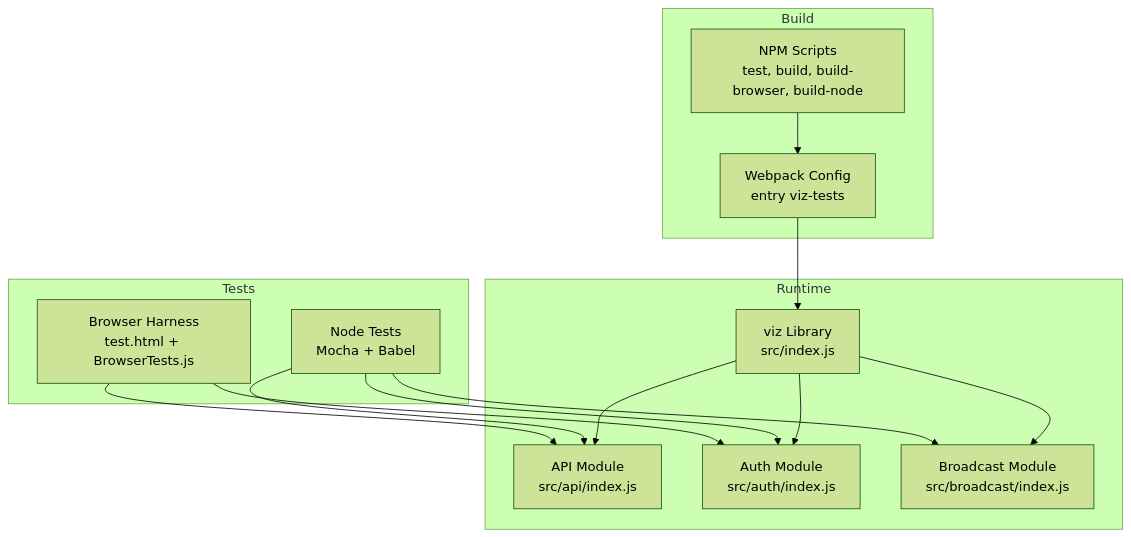
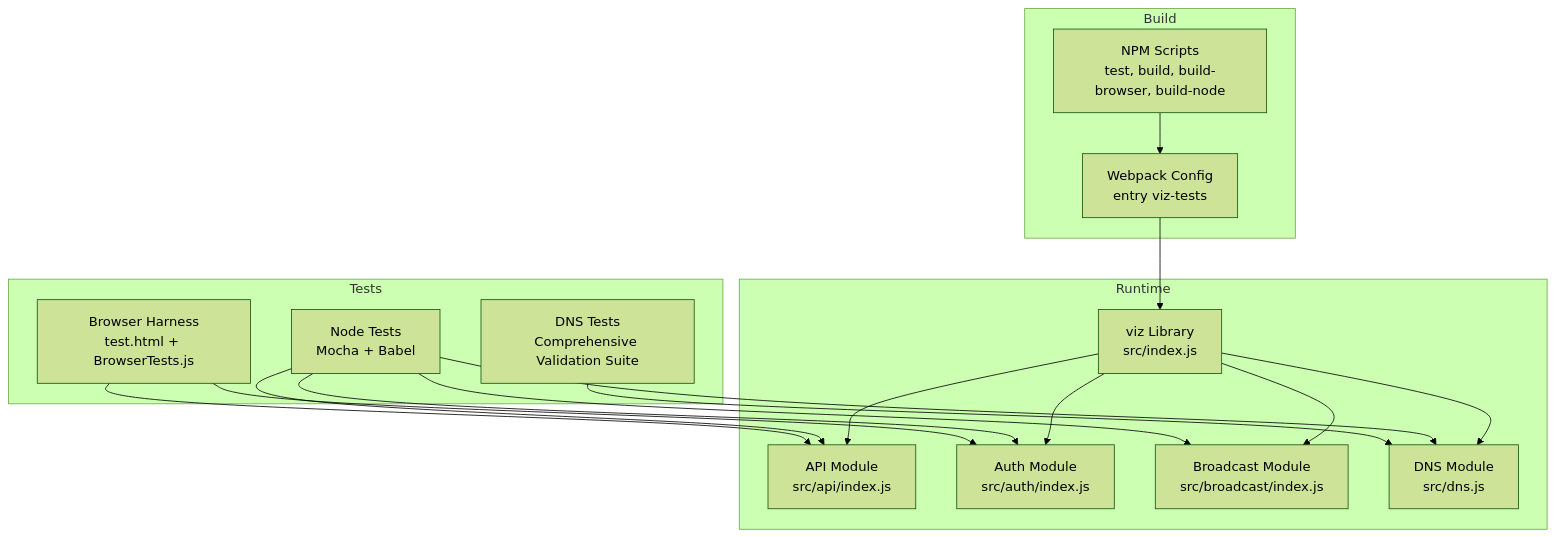
Before and after one commit to VIZ-Blockchain/viz-js-lib: the second of 8 diagrams in .qoder/repowiki/en/content/Testing & Development.md, drawn with Mermaid (forest theme). The commit also changed other lines of this file and 2 other files, not shown here.

First line of the commit message:
feat(dns): add comprehensive DNS nameserver module and tests

````diff
--- a/.qoder/repowiki/en/content/Testing & Development.md
+++ b/.qoder/repowiki/en/content/Testing & Development.md
@@ -147,27 +167,32 @@
 ```mermaid
 graph TB
 subgraph "Build"
 PKG_SCRIPTS["NPM Scripts<br/>test, build, build-browser, build-node"]
 WEBPACK["Webpack Config<br/>entry viz-tests"]
 end
 subgraph "Runtime"
 LIB["viz Library<br/>src/index.js"]
 API["API Module<br/>src/api/index.js"]
 AUTH["Auth Module<br/>src/auth/index.js"]
 BROADCAST["Broadcast Module<br/>src/broadcast/index.js"]
+DNS["DNS Module<br/>src/dns.js"]
 end
 subgraph "Tests"
 NODE_TESTS["Node Tests<br/>Mocha + Babel"]
 BROWSER_TESTS["Browser Harness<br/>test.html + BrowserTests.js"]
+DNS_TESTS["DNS Tests<br/>Comprehensive Validation Suite"]
 end
 PKG_SCRIPTS --> WEBPACK
 WEBPACK --> LIB
 LIB --> API
 LIB --> AUTH
 LIB --> BROADCAST
+LIB --> DNS
 NODE_TESTS --> API
 NODE_TESTS --> AUTH
 NODE_TESTS --> BROADCAST
+NODE_TESTS --> DNS
 BROWSER_TESTS --> AUTH
 BROWSER_TESTS --> API
+DNS_TESTS --> DNS
 ```
````
